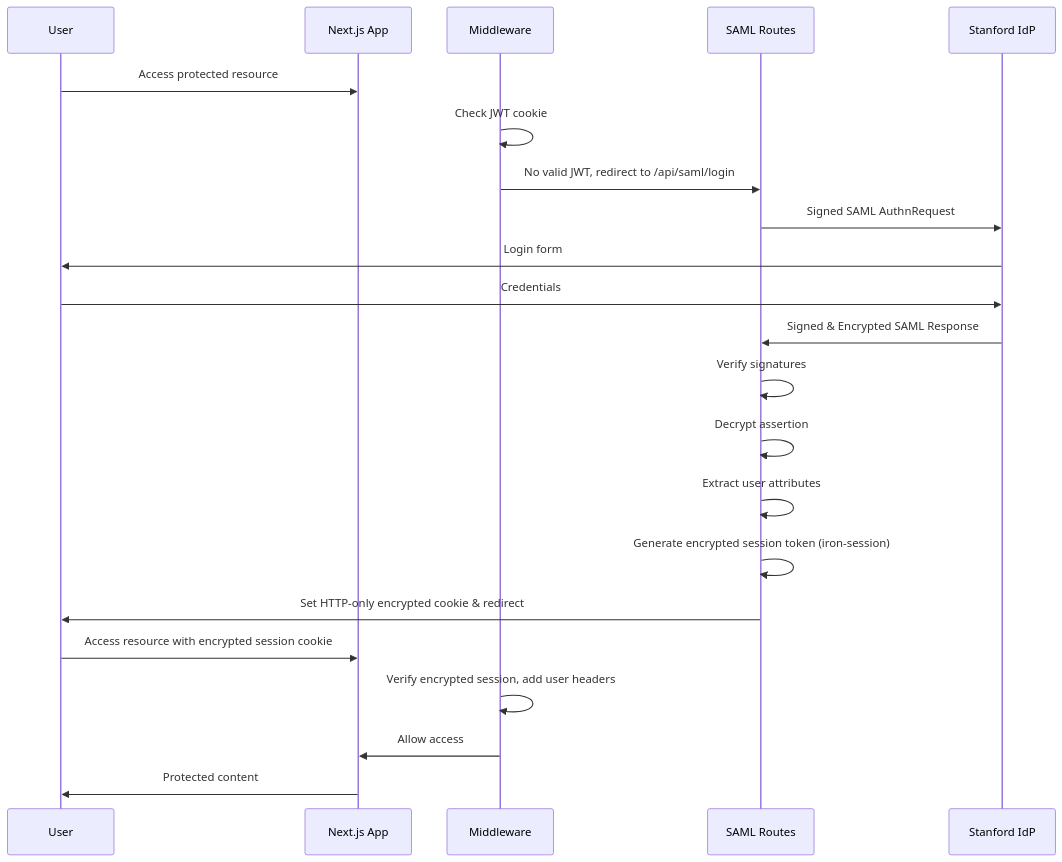
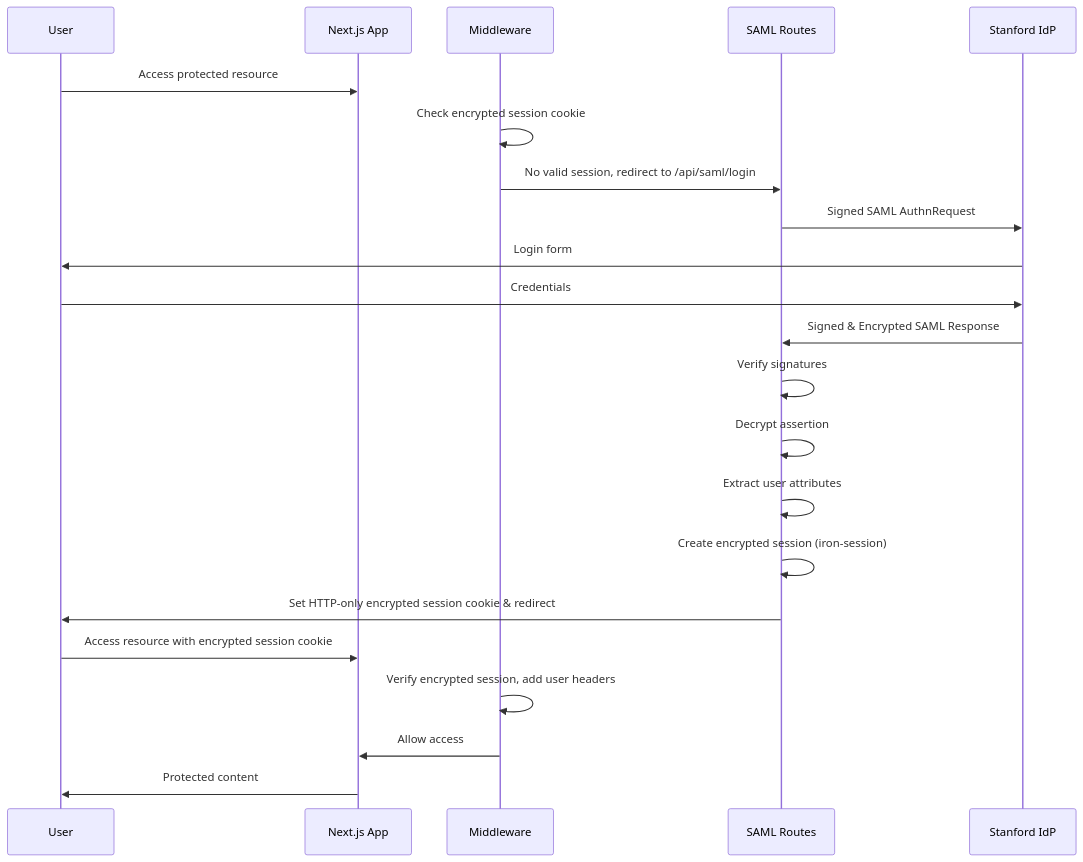
The diagram in docs/SAML.md (SU-SWS/churro), drawn with Mermaid before and after one commit. The commit also changed other lines of this file and 1 other file, not shown here.

Commit message:
Update doxn to reflect iron-session implementation

````diff
--- a/docs/SAML.md
+++ b/docs/SAML.md
@@ -19,25 +19,25 @@
 ```mermaid
 sequenceDiagram
     participant User
     participant App as Next.js App
     participant Middleware as Middleware
     participant SAML as SAML Routes
     participant Stanford as Stanford IdP
 
     User->>App: Access protected resource
-    Middleware->>Middleware: Check JWT cookie
-    Middleware->>SAML: No valid JWT, redirect to /api/saml/login
+    Middleware->>Middleware: Check encrypted session cookie
+    Middleware->>SAML: No valid session, redirect to /api/saml/login
     SAML->>Stanford: Signed SAML AuthnRequest
     Stanford->>User: Login form
     User->>Stanford: Credentials
     Stanford->>SAML: Signed & Encrypted SAML Response
     SAML->>SAML: Verify signatures
     SAML->>SAML: Decrypt assertion
     SAML->>SAML: Extract user attributes
-    SAML->>SAML: Generate encrypted session token (iron-session)
-    SAML->>User: Set HTTP-only encrypted cookie & redirect
+    SAML->>SAML: Create encrypted session (iron-session)
+    SAML->>User: Set HTTP-only encrypted session cookie & redirect
     User->>App: Access resource with encrypted session cookie
     Middleware->>Middleware: Verify encrypted session, add user headers
     Middleware->>App: Allow access
     App->>User: Protected content
 ```
````
